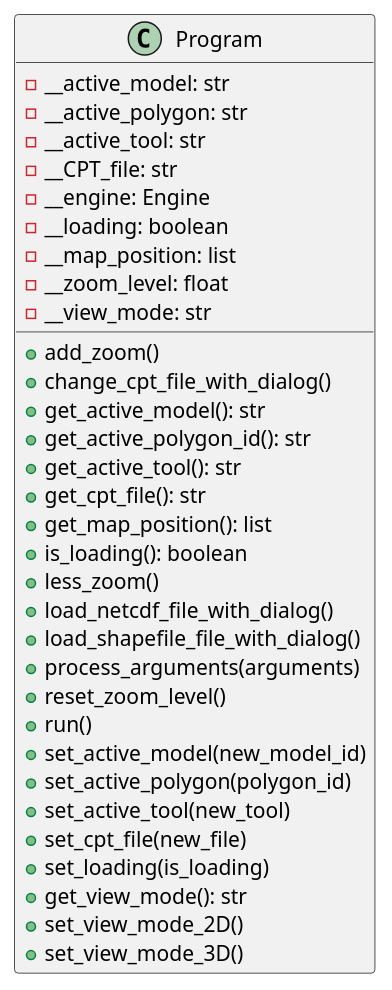
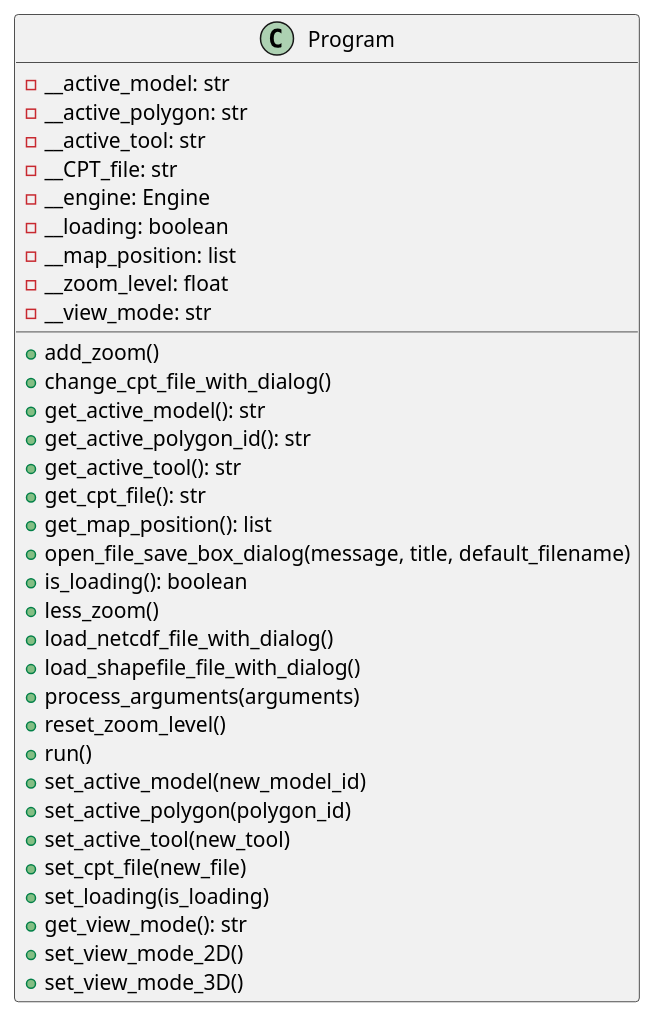
One commit to ferpoble2/Relief_Creator changed the diagram in docs/classes/Program.puml. Above: the diagram before and after it, drawn with PlantUML. The commit also changed 3 other files, not shown here.

```diff
--- a/docs/classes/Program.puml
+++ b/docs/classes/Program.puml
@@ -1,36 +1,37 @@
 @startuml
 class Program {
     - __active_model: str
     - __active_polygon: str
     - __active_tool: str
     - __CPT_file: str
     - __engine: Engine
     - __loading: boolean
     - __map_position: list
     - __zoom_level: float
     - __view_mode: str
 
     + add_zoom()
     + change_cpt_file_with_dialog()
     + get_active_model(): str
     + get_active_polygon_id(): str
     + get_active_tool(): str
     + get_cpt_file(): str
     + get_map_position(): list
+    + open_file_save_box_dialog(message, title, default_filename)
     + is_loading(): boolean
     + less_zoom()
     + load_netcdf_file_with_dialog()
     + load_shapefile_file_with_dialog()
     + process_arguments(arguments)
     + reset_zoom_level()
     + run()
     + set_active_model(new_model_id)
     + set_active_polygon(polygon_id)
     + set_active_tool(new_tool)
     + set_cpt_file(new_file)
     + set_loading(is_loading)
     + get_view_mode(): str
     + set_view_mode_2D()
     + set_view_mode_3D()
 }
 @enduml
```
